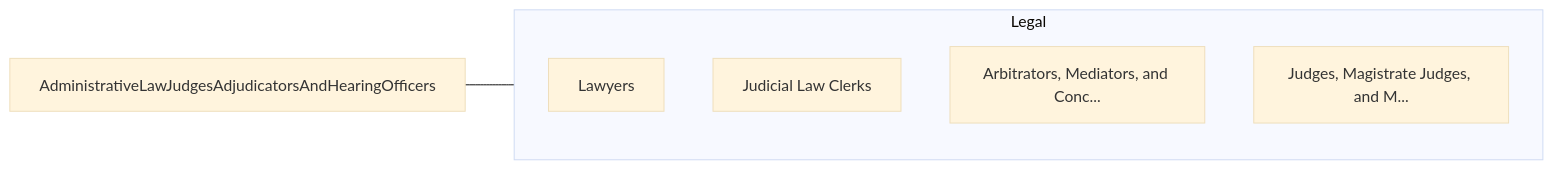
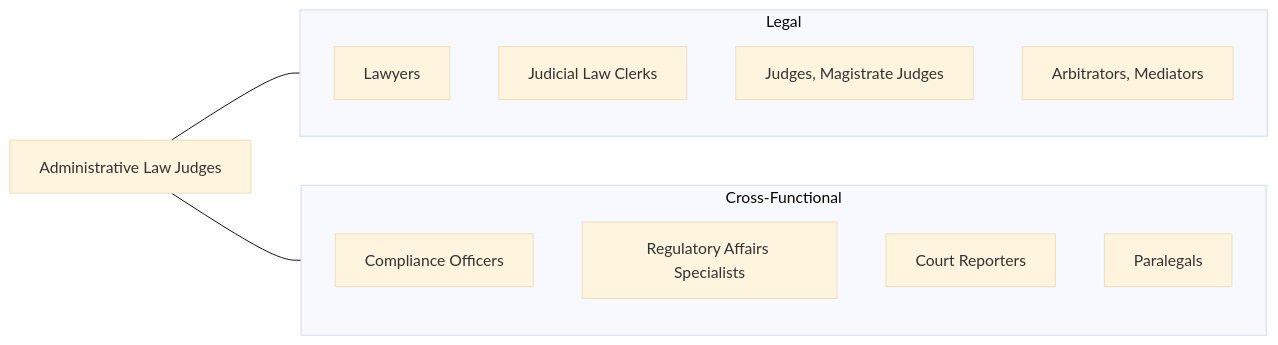
The fourth of 4 diagrams in occupations/Legal/AdministrativeLawJudgesAdjudicatorsAndHearingOfficers.mdx (kziemski/business.org.ai), drawn with Mermaid (base theme) before and after one commit. The commit also changed other lines of this file and 938 other files, not shown here.

````diff
--- a/occupations/Legal/AdministrativeLawJudgesAdjudicatorsAndHearingOfficers.mdx
+++ b/occupations/Legal/AdministrativeLawJudgesAdjudicatorsAndHearingOfficers.mdx
@@ -108,13 +205,21 @@
 ```mermaid
 graph LR
-    Current["AdministrativeLawJudgesAdjudicatorsAndHearingOfficers"]
+    Current["Administrative Law Judges"]
 
     subgraph SameCategory["Legal"]
         Lawyers["Lawyers"]
-        JudicialLawClerks["Judicial Law Clerks"]
-        ArbitratorsMediators["Arbitrators, Mediators, and Conc..."]
-        JudgesMagistrateJudg["Judges, Magistrate Judges, and M..."]
+        JLC["Judicial Law Clerks"]
+        Judges["Judges, Magistrate Judges"]
+        Arbitrators["Arbitrators, Mediators"]
+    end
+
+    subgraph CrossFunctional["Cross-Functional"]
+        CompOff["Compliance Officers"]
+        RegAnalysts["Regulatory Affairs Specialists"]
+        HearingReporters["Court Reporters"]
+        Paralegals["Paralegals"]
     end
 
     Current --- SameCategory
+    Current --- CrossFunctional
 ```
````
